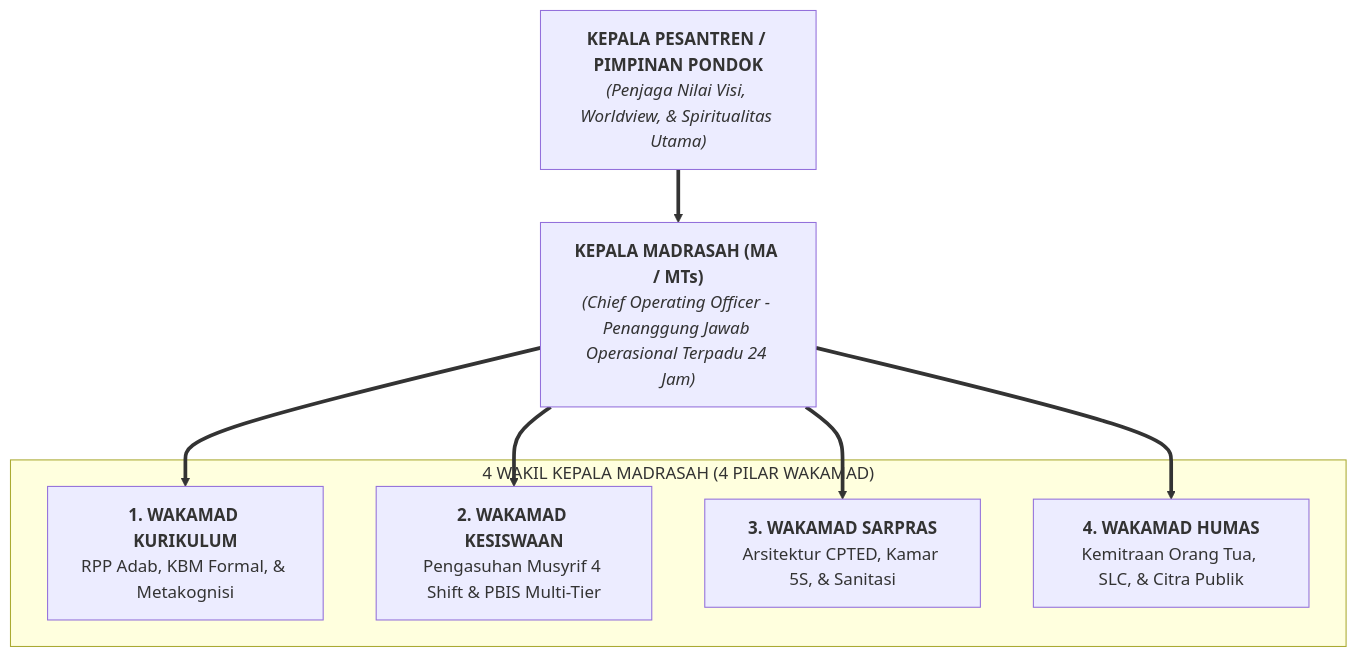
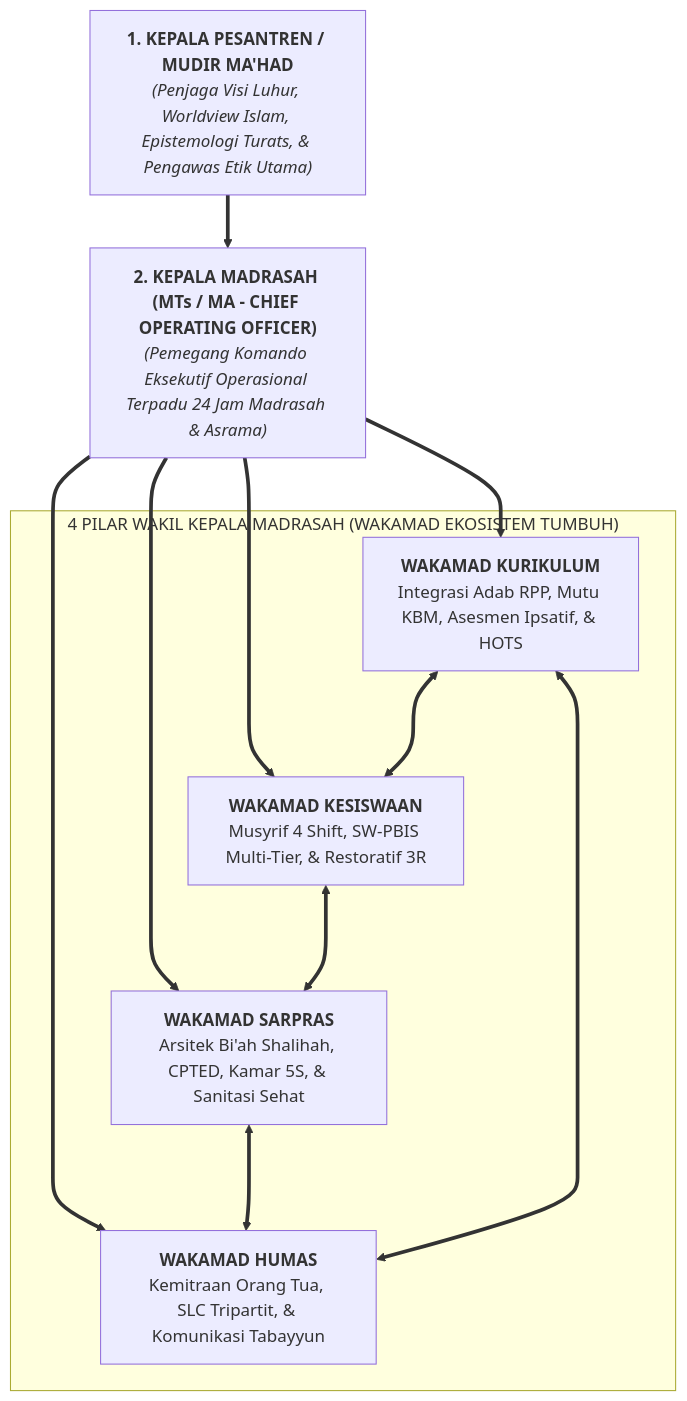
One commit to wandiapriliyandi/tumbuh changed the diagram in BOOK Series 2/Volume-05-Manual-Operasional-SOP-24Jam-dan-Tata-Kelola/Bab-04-Integrasi-4-Pilar-Wakamad/01-Struktur-Organisasi-Terpadu-Bebas-Silo.md. Above: the diagram before and after it, drawn with Mermaid. The commit also changed other lines of this file and 61 other files, not shown here.

````diff
--- a/BOOK Series 2/Volume-05-Manual-Operasional-SOP-24Jam-dan-Tata-Kelola/Bab-04-Integrasi-4-Pilar-Wakamad/01-Struktur-Organisasi-Terpadu-Bebas-Silo.md
+++ b/BOOK Series 2/Volume-05-Manual-Operasional-SOP-24Jam-dan-Tata-Kelola/Bab-04-Integrasi-4-Pilar-Wakamad/01-Struktur-Organisasi-Terpadu-Bebas-Silo.md
@@ -9,17 +16,22 @@
 ```mermaid
 flowchart TD
-    Mudir["<b>KEPALA PESANTREN / PIMPINAN PONDOK</b><br/><i>(Penjaga Nilai Visi, Worldview, & Spiritualitas Utama)</i>"]
+    Mudir["<b>1. KEPALA PESANTREN / MUDIR MA'HAD</b><br/><i>(Penjaga Visi Luhur, Worldview Islam, Epistemologi Turats, & Pengawas Etik Utama)</i>"]
     
-    Kamad["<b>KEPALA MADRASAH (MA / MTs)</b><br/><i>(Chief Operating Officer - Penanggung Jawab Operasional Terpadu 24 Jam)</i>"]
+    Kamad["<b>2. KEPALA MADRASAH (MTs / MA - CHIEF OPERATING OFFICER)</b><br/><i>(Pemegang Komando Eksekutif Operasional Terpadu 24 Jam Madrasah & Asrama)</i>"]
 
     Mudir ==> Kamad
 
-    subgraph EmpatWakamad["4 WAKIL KEPALA MADRASAH (4 PILAR WAKAMAD)"]
-        W1["<b>1. WAKAMAD KURIKULUM</b><br/>RPP Adab, KBM Formal, & Metakognisi"]
-        W2["<b>2. WAKAMAD KESISWAAN</b><br/>Pengasuhan Musyrif 4 Shift & PBIS Multi-Tier"]
-        W3["<b>3. WAKAMAD SARPRAS</b><br/>Arsitektur CPTED, Kamar 5S, & Sanitasi"]
-        W4["<b>4. WAKAMAD HUMAS</b><br/>Kemitraan Orang Tua, SLC, & Citra Publik"]
+    subgraph Dewan4Pilar["4 PILAR WAKIL KEPALA MADRASAH (WAKAMAD EKOSISTEM TUMBUH)"]
+        W1["<b>WAKAMAD KURIKULUM</b><br/>Integrasi Adab RPP, Mutu KBM, Asesmen Ipsatif, & HOTS"]
+        W2["<b>WAKAMAD KESISWAAN</b><br/>Musyrif 4 Shift, SW-PBIS Multi-Tier, & Restoratif 3R"]
+        W3["<b>WAKAMAD SARPRAS</b><br/>Arsitek Bi'ah Shalihah, CPTED, Kamar 5S, & Sanitasi Sehat"]
+        W4["<b>WAKAMAD HUMAS</b><br/>Kemitraan Orang Tua, SLC Tripartit, & Komunikasi Tabayyun"]
     end
 
     Kamad ==> W1 & W2 & W3 & W4
+
+    W1 <===> W2
+    W2 <===> W3
+    W3 <===> W4
+    W4 <===> W1
 ```
````
